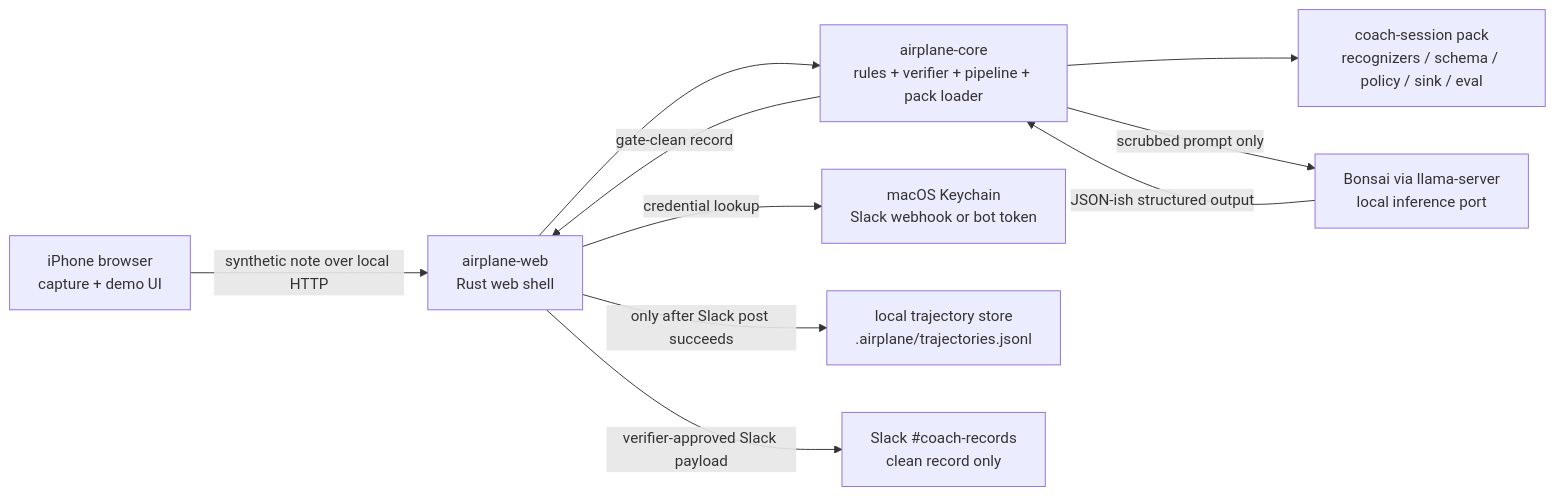
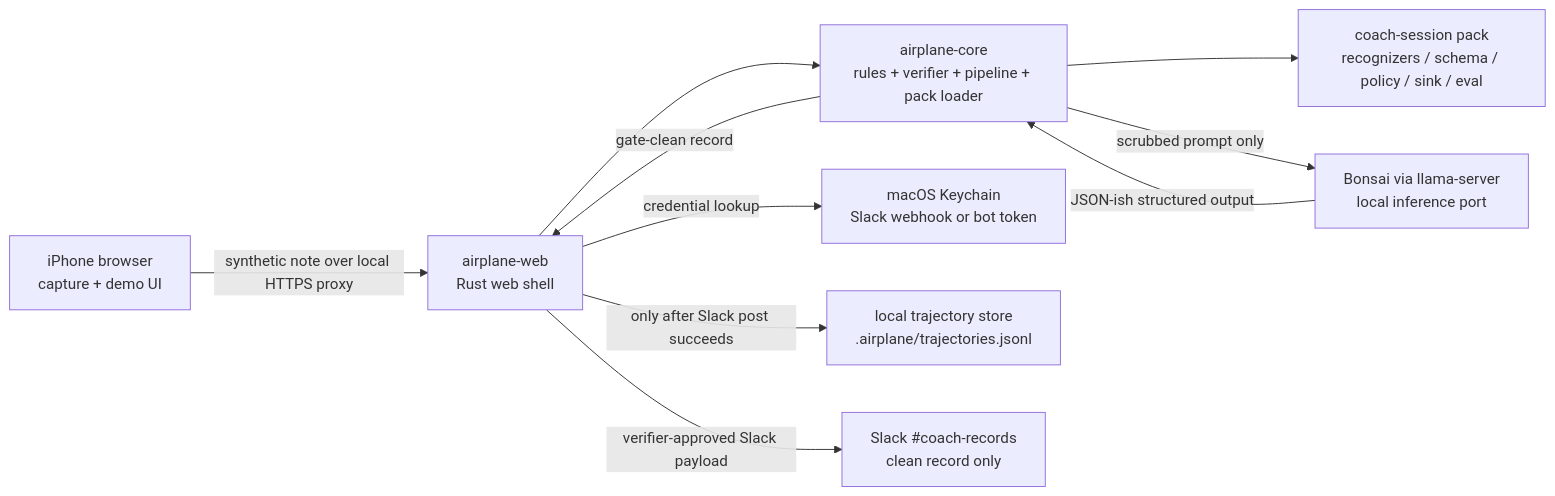
The first of 3 diagrams in docs/demo/system-network-data-flows.md (ChaiWithJai/airplane-mode), drawn with Mermaid before and after one commit. The commit also changed 5 other files, not shown here.

````diff
--- a/docs/demo/system-network-data-flows.md
+++ b/docs/demo/system-network-data-flows.md
@@ -14,21 +14,21 @@
 ```mermaid
 flowchart LR
   Phone["iPhone browser\ncapture + demo UI"]
   Web["airplane-web\nRust web shell"]
   Core["airplane-core\nrules + verifier + pipeline + pack loader"]
   Pack["coach-session pack\nrecognizers / schema / policy / sink / eval"]
   Model["Bonsai via llama-server\nlocal inference port"]
   Keychain["macOS Keychain\nSlack webhook or bot token"]
   Traj["local trajectory store\n.airplane/trajectories.jsonl"]
   Slack["Slack #coach-records\nclean record only"]
 
-  Phone -->|"synthetic note over local HTTP"| Web
+  Phone -->|"synthetic note over local HTTPS proxy"| Web
   Web --> Core
   Core --> Pack
   Core -->|"scrubbed prompt only"| Model
   Model -->|"JSON-ish structured output"| Core
   Core -->|"gate-clean record"| Web
   Web -->|"credential lookup"| Keychain
   Web -->|"only after Slack post succeeds"| Traj
   Web -->|"verifier-approved Slack payload"| Slack
 ```
````
